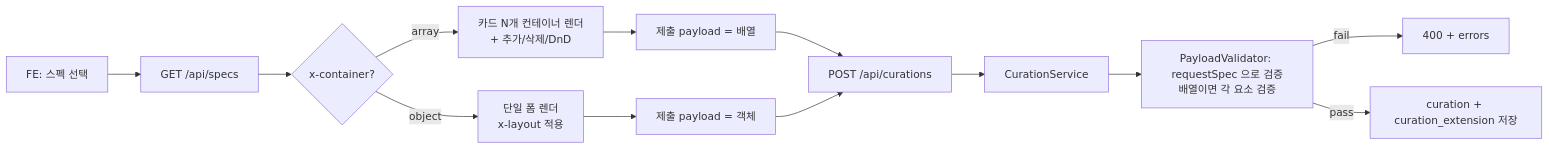
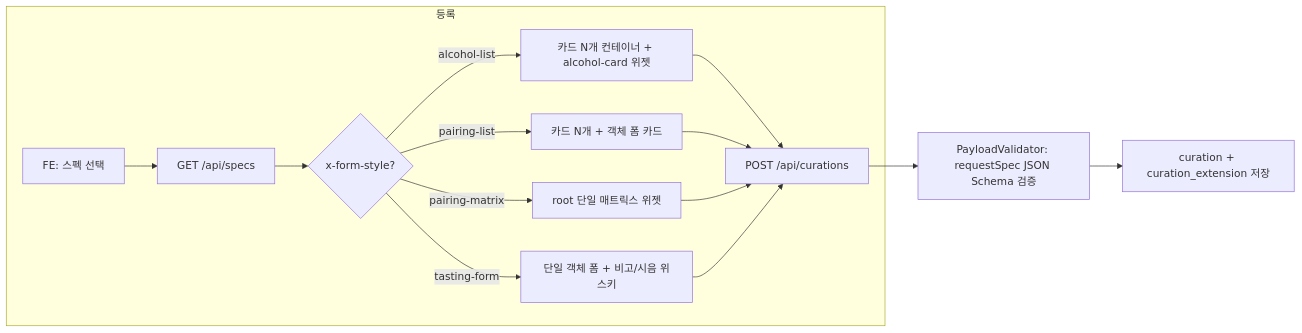
Before and after one commit to Whale0928/curation-demo: the second of 3 diagrams in README.md, drawn with Mermaid. The commit also changed other lines of this file and 6 other files, not shown here.

First line of the commit message:
feat: 응답 구조 정리(spec/payload) + payload hydrate 치환 + seed-curation.sql + README

````diff
--- a/README.md
+++ b/README.md
@@ -129,15 +185,17 @@
 ```mermaid
 flowchart LR
-    A[FE: 스펙 선택] --> B[GET /api/specs]
-    B --> C{x-container?}
-    C -->|array| D[카드 N개 컨테이너 렌더<br/>+ 추가/삭제/DnD]
-    C -->|object| E[단일 폼 렌더<br/>x-layout 적용]
-    D --> F[제출 payload = 배열]
-    E --> G[제출 payload = 객체]
-    F --> H[POST /api/curations]
-    G --> H
-    H --> I[CurationService]
-    I --> J[PayloadValidator: requestSpec 으로 검증<br/>배열이면 각 요소 검증]
-    J -->|fail| K[400 + errors]
-    J -->|pass| L[curation + curation_extension 저장]
+    subgraph 등록
+      A[FE: 스펙 선택] --> B[GET /api/specs]
+      B --> C{x-form-style?}
+      C -->|alcohol-list| D[카드 N개 컨테이너 + alcohol-card 위젯]
+      C -->|pairing-list| E[카드 N개 + 객체 폼 카드]
+      C -->|pairing-matrix| F[root 단일 매트릭스 위젯]
+      C -->|tasting-form| G[단일 객체 폼 + 비고/시음 위스키]
+      D --> H[POST /api/curations]
+      E --> H
+      F --> H
+      G --> H
+    end
+    H --> I[PayloadValidator: requestSpec JSON Schema 검증]
+    I --> J[curation + curation_extension 저장]
 ```
````
